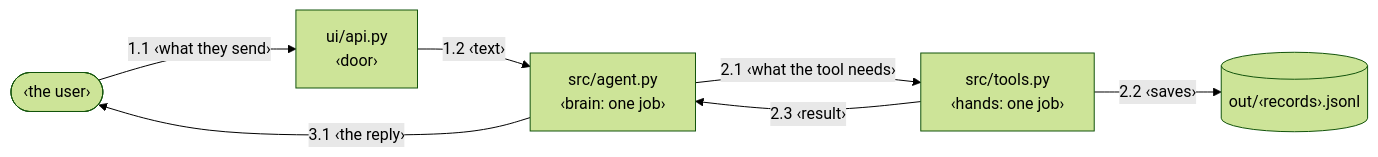
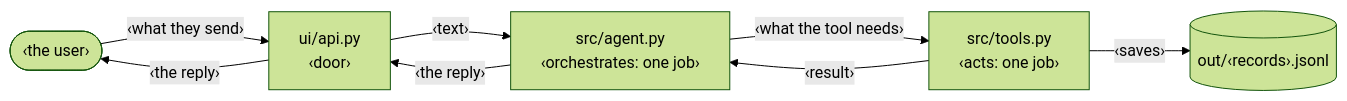
One commit to a1noh/kick-off changed the diagram in .claude/skills/discovery/templates/plan.md. Above: the diagram before and after it, drawn with Mermaid (forest theme). The commit also changed other lines of this file and 11 other files, not shown here.

First line of the commit message:
kit: plan.md is the implementation spec - functions by file with Does/In/Out; one simple diagram; no glance table or S1 walkthrough

````diff
--- a/.claude/skills/discovery/templates/plan.md
+++ b/.claude/skills/discovery/templates/plan.md
@@ -48,15 +35,16 @@
 ```mermaid
 flowchart LR
   U(["‹the user›"])
   API["ui/api.py<br/>‹door›"]
-  AG["src/agent.py<br/>‹brain: one job›"]
-  TO["src/tools.py<br/>‹hands: one job›"]
+  AG["src/agent.py<br/>‹orchestrates: one job›"]
+  TO["src/tools.py<br/>‹acts: one job›"]
   D[("out/‹records›.jsonl")]
 
-  U -- "1.1 ‹what they send›" --> API
-  API -- "1.2 ‹text›" --> AG
-  AG -- "2.1 ‹what the tool needs›" --> TO
-  TO -- "2.2 ‹saves›" --> D
-  TO -- "2.3 ‹result›" --> AG
-  AG -- "3.1 ‹the reply›" --> U
+  U -- "‹what they send›" --> API
+  API -- "‹text›" --> AG
+  AG -- "‹what the tool needs›" --> TO
+  TO -- "‹saves›" --> D
+  TO -- "‹result›" --> AG
+  AG -- "‹the reply›" --> API
+  API -- "‹the reply›" --> U
 ```
````
